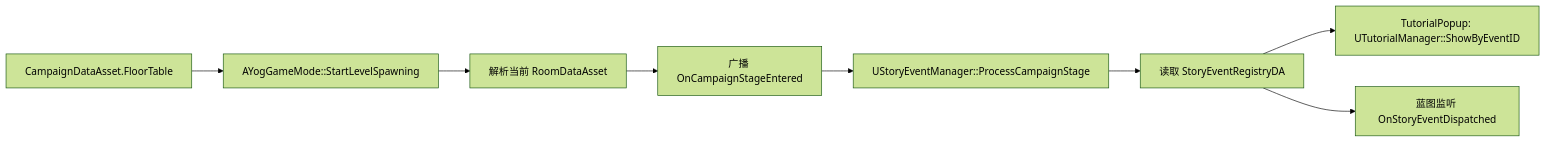
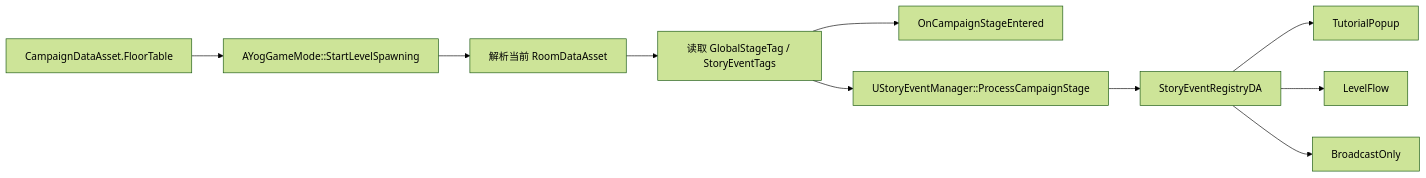
One commit to woshisck/Dev01 changed the diagram in Docs/03_配置与编辑器手册/核心配置说明/关卡/故事事件引擎接口说明.md. Above: the diagram before and after it, drawn with Mermaid (forest theme). The commit also changed other lines of this file and 5 other files, not shown here.

Commit message:
Expand story event engine actions

````diff
--- a/Docs/03_配置与编辑器手册/核心配置说明/关卡/故事事件引擎接口说明.md
+++ b/Docs/03_配置与编辑器手册/核心配置说明/关卡/故事事件引擎接口说明.md
@@ -71,10 +84,12 @@
 ```mermaid
 flowchart LR
     A["CampaignDataAsset.FloorTable"] --> B["AYogGameMode::StartLevelSpawning"]
     B --> C["解析当前 RoomDataAsset"]
-    C --> D["广播 OnCampaignStageEntered"]
-    D --> E["UStoryEventManager::ProcessCampaignStage"]
-    E --> F["读取 StoryEventRegistryDA"]
-    F --> G["TutorialPopup: UTutorialManager::ShowByEventID"]
-    F --> H["蓝图监听 OnStoryEventDispatched"]
+    C --> D["读取 GlobalStageTag / StoryEventTags"]
+    D --> E["OnCampaignStageEntered"]
+    D --> F["UStoryEventManager::ProcessCampaignStage"]
+    F --> G["StoryEventRegistryDA"]
+    G --> H["TutorialPopup"]
+    G --> I["LevelFlow"]
+    G --> J["BroadcastOnly"]
 ```
````
